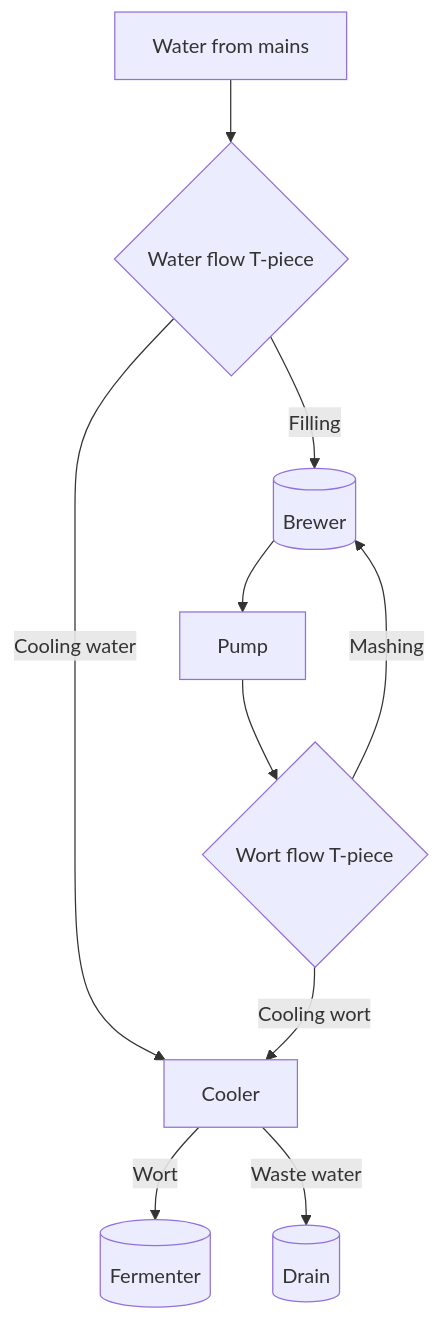
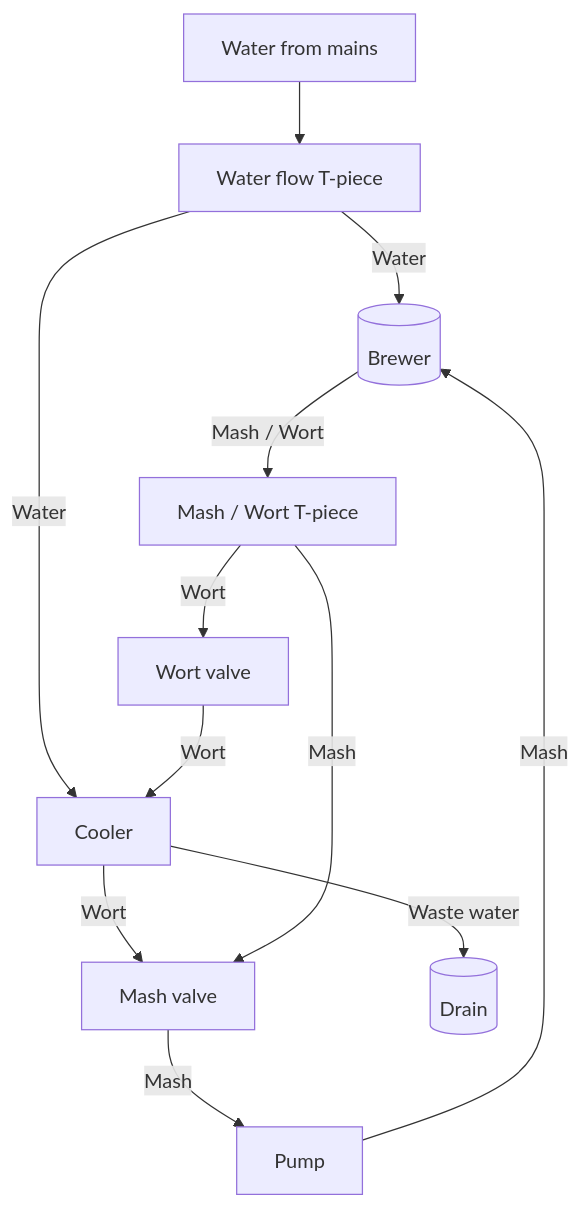
Before and after one commit to drilorin/brew_notes: the diagram in README.md, drawn with Mermaid. The commit also changed other lines of this file, not shown here.

Commit message:
Minor change

````diff
--- a/README.md
+++ b/README.md
@@ -17,12 +17,14 @@
 ```mermaid
 flowchart TD
-  A[Water from mains] --> B{Water flow T-piece};
-  B -- Filling --> C;
-  B -- Cooling water --> F;
-  C[(Brewer)] --> D;
-  D[Pump] --> E{Wort flow T-piece};
-  E -- Mashing --> C;
-  E -- Cooling wort --> F;
-  F[Cooler] -- Wort --> G[(Fermenter)];
-  F -- Waste water --> H[(Drain)];
+  A[Water from mains] --> E[Water flow T-piece];
+  E -- Water --> B[Filling valve];
+  E -- Water --> C[Cooling water valve];
+  B[(Brewer)] -- Mash / Wort --> F[Mash / Wort T-piece];
+  C[Cooler] -- Wort --> G[(Fermenter)];
+  P[Pump] -- Mash --> B;
+  F -- Mash --> G[Mash valve];
+  F -- Wort --> H[Wort valve];
+  G -- Mash --> P;
+  H -- Wort --> C;
+  C -- Waste water --> I[(Drain)];
 ```
````
